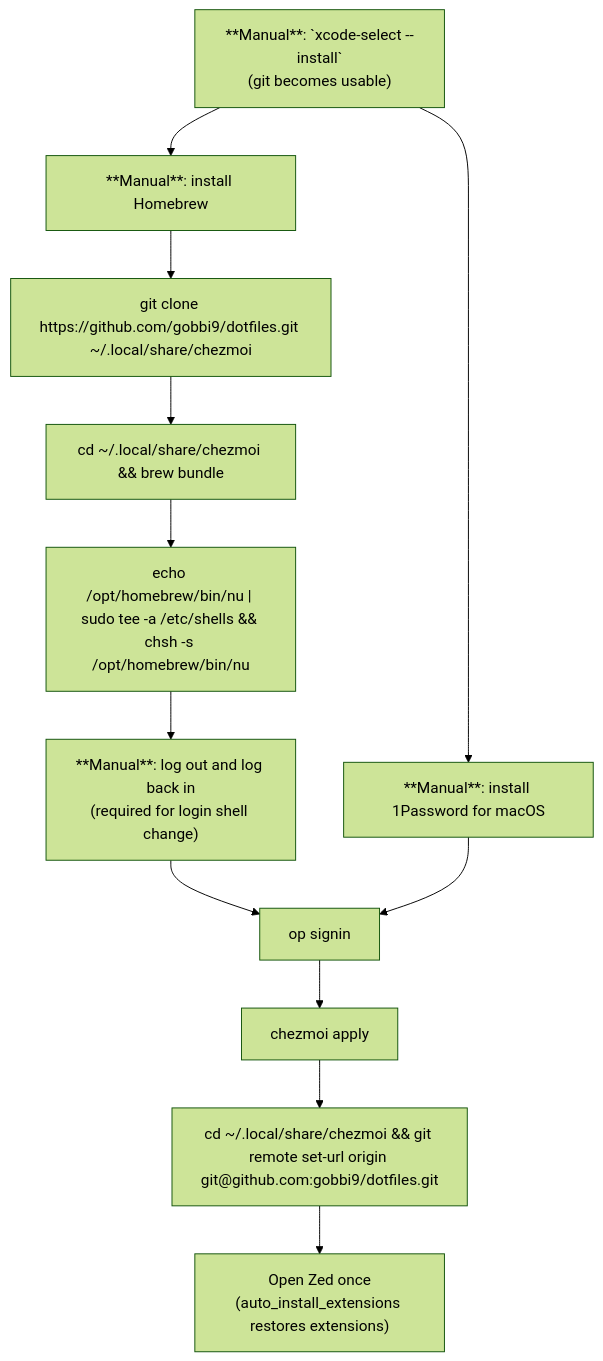
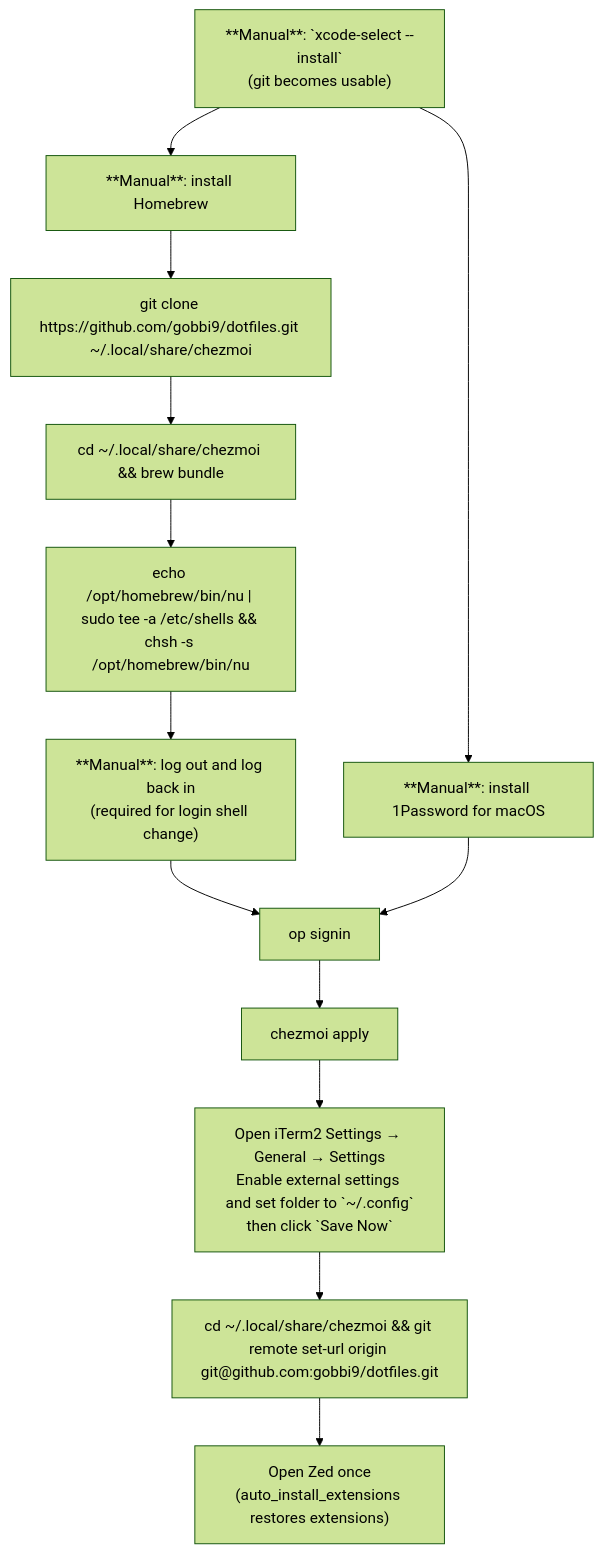
One commit to gobbi9/dotfiles changed the diagram in README.md. Above: the diagram before and after it, drawn with Mermaid (forest theme). The commit also changed other lines of this file and 4 other files, not shown here.

````diff
--- a/README.md
+++ b/README.md
@@ -549,17 +580,18 @@
 ```mermaid
 graph TD
     N1["**Manual**: `xcode-select --install`\n(git becomes usable)"] --> N2["**Manual**: install Homebrew"]
     N1 --> N3["**Manual**: install 1Password for macOS"]
     N2 --> N4["`git clone https://github.com/gobbi9/dotfiles.git ~/.local/share/chezmoi`"]
     N4 --> N6["`cd ~/.local/share/chezmoi && brew bundle`"]
     N6 --> N7["`echo /opt/homebrew/bin/nu | sudo tee -a /etc/shells && chsh -s /opt/homebrew/bin/nu`"]
     N7 --> N8["**Manual**: log out and log back in\n(required for login shell change)"]
     N8 --> N9["`op signin`"]
     N3 --> N9
     N9 --> N10["`chezmoi apply`"]
-    N10 --> N11["`cd ~/.local/share/chezmoi && git remote set-url origin git@github.com:gobbi9/dotfiles.git`"]
+    N10 --> N10a["Open iTerm2 Settings → General → Settings\nEnable external settings and set folder to `~/.config`\nthen click `Save Now`"]
+    N10a --> N11["`cd ~/.local/share/chezmoi && git remote set-url origin git@github.com:gobbi9/dotfiles.git`"]
     N11 --> N12["Open Zed once\n(auto_install_extensions restores extensions)"]
 
     click N2 "https://brew.sh" "Homebrew installation page"
     click N3 "https://1password.com/downloads/mac/" "1Password for macOS download"
 ```
````
